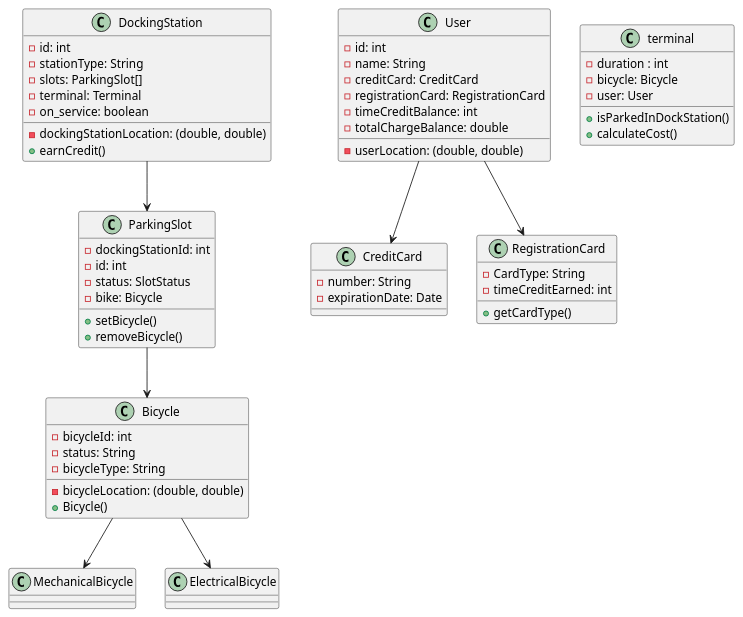
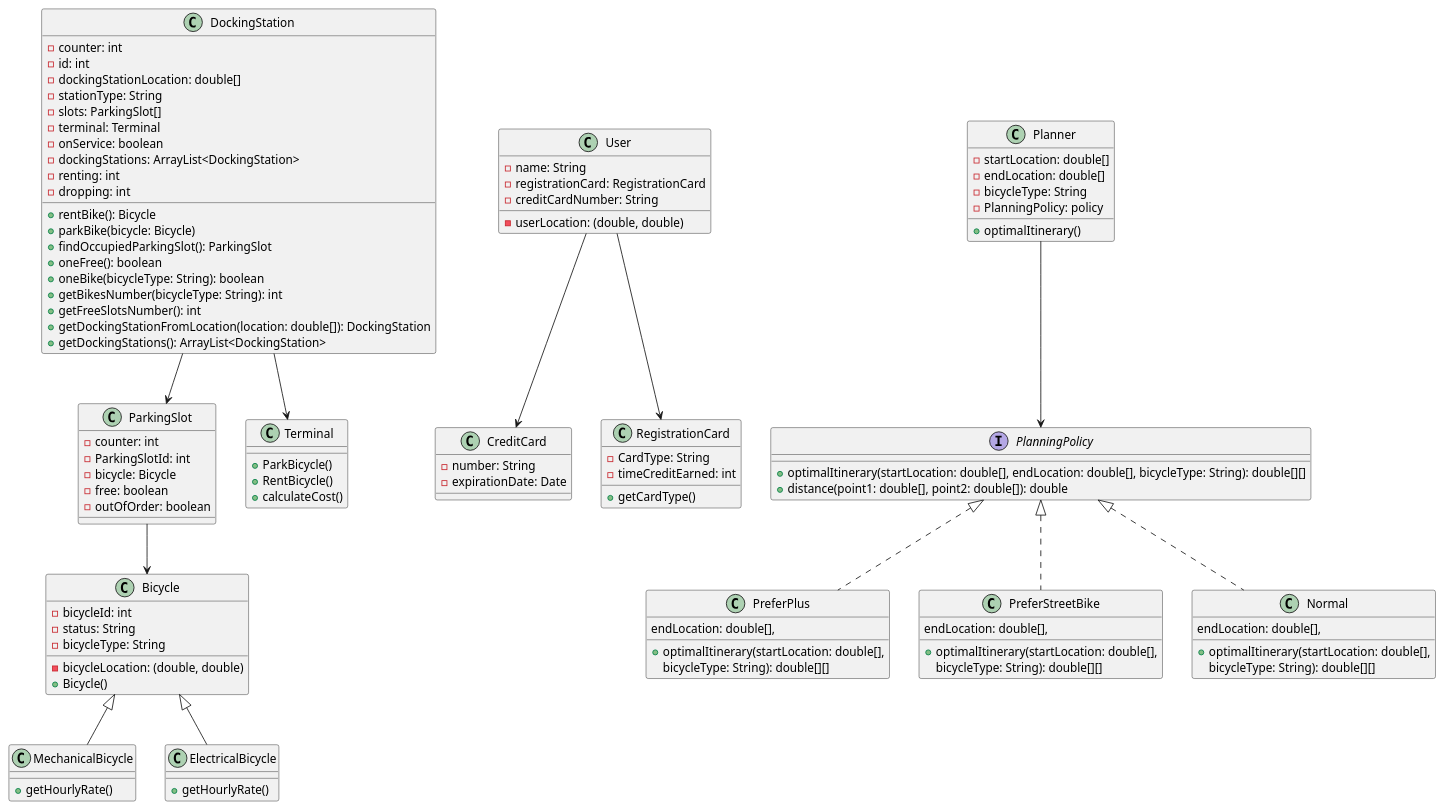
Before and after one commit to louislhotte/myVelib: the diagram in src/main/java/fr/cs/GroupNN/myVelib/UML.puml, drawn with PlantUML.

```diff
--- a/src/main/java/fr/cs/GroupNN/myVelib/UML.puml
+++ b/src/main/java/fr/cs/GroupNN/myVelib/UML.puml
@@ -1,71 +1,112 @@
 @startuml
-class DockingStation {
-    - id: int
-    - dockingStationLocation: (double, double)
-    - stationType: String
-    - slots: ParkingSlot[]
-    - terminal: Terminal
-    - on_service: boolean
-    + earnCredit()
-}
+ class DockingStation {
+        - counter: int
+        - id: int
+        - dockingStationLocation: double[]
+        - stationType: String
+        - slots: ParkingSlot[]
+        - terminal: Terminal
+        - onService: boolean
+        - dockingStations: ArrayList<DockingStation>
+        - renting: int
+        - dropping: int
+
+        + rentBike(): Bicycle
+        + parkBike(bicycle: Bicycle)
+        + findOccupiedParkingSlot(): ParkingSlot
+        + oneFree(): boolean
+        + oneBike(bicycleType: String): boolean
+        + getBikesNumber(bicycleType: String): int
+        + getFreeSlotsNumber(): int
+        + getDockingStationFromLocation(location: double[]): DockingStation
+        + getDockingStations(): ArrayList<DockingStation>
+    }
 
 class ParkingSlot {
-    - dockingStationId: int
-    - id: int
-    - status: SlotStatus
-    - bike: Bicycle
-    + setBicycle()
-    + removeBicycle()
+     - counter: int
+     - ParkingSlotId: int
+     - bicycle: Bicycle
+     - free: boolean
+     - outOfOrder: boolean
 }
 
 class Bicycle {
     - bicycleId: int
     - bicycleLocation: (double, double)
     - status: String
     - bicycleType: String
     + Bicycle()
 }
 
-class MechanicalBicycle {
-
+class MechanicalBicycle extends Bicycle {
+    + getHourlyRate()
 }
 
-class ElectricalBicycle {
+class ElectricalBicycle extends Bicycle {
++ getHourlyRate()
 }
 
 class User {
-    - id: int
     - name: String
     - userLocation: (double, double)
-    - creditCard: CreditCard
     - registrationCard: RegistrationCard
-    - timeCreditBalance: int
-    - totalChargeBalance: double
+    - creditCardNumber: String
 }
 
 class CreditCard {
     - number: String
     - expirationDate: Date
 }
 
 class RegistrationCard {
     - CardType: String
     - timeCreditEarned: int
     + getCardType()
 }
 
-class terminal {
-    - duration : int
-    - bicycle: Bicycle
-    - user: User
-    + isParkedInDockStation()
+class Terminal {
+    + ParkBicycle()
+    + RentBicycle()
     + calculateCost()
 }
 
+class Planner {
+-startLocation: double[]
+-endLocation: double[]
+-bicycleType: String
+-PlanningPolicy: policy
++optimalItinerary()
+}
+
+interface PlanningPolicy {
+        +optimalItinerary(startLocation: double[], endLocation: double[], bicycleType: String): double[][]
+        +distance(point1: double[], point2: double[]): double
+}
+
+class PreferPlus implements PlanningPolicy {
+        + optimalItinerary(startLocation: double[],
+        endLocation: double[],
+        bicycleType: String): double[][]
+}
+
+class PreferStreetBike implements PlanningPolicy {
+        + optimalItinerary(startLocation: double[],
+        endLocation: double[],
+        bicycleType: String): double[][]
+    }
+
+
+class Normal implements PlanningPolicy {
+        + optimalItinerary(startLocation: double[],
+        endLocation: double[],
+        bicycleType: String): double[][]
+    }
+
+
+Planner --> PlanningPolicy
 DockingStation --> ParkingSlot
+DockingStation --> Terminal
 ParkingSlot --> Bicycle
-Bicycle --> MechanicalBicycle
-Bicycle --> ElectricalBicycle
 User --> CreditCard
 User --> RegistrationCard
 @enduml
```
